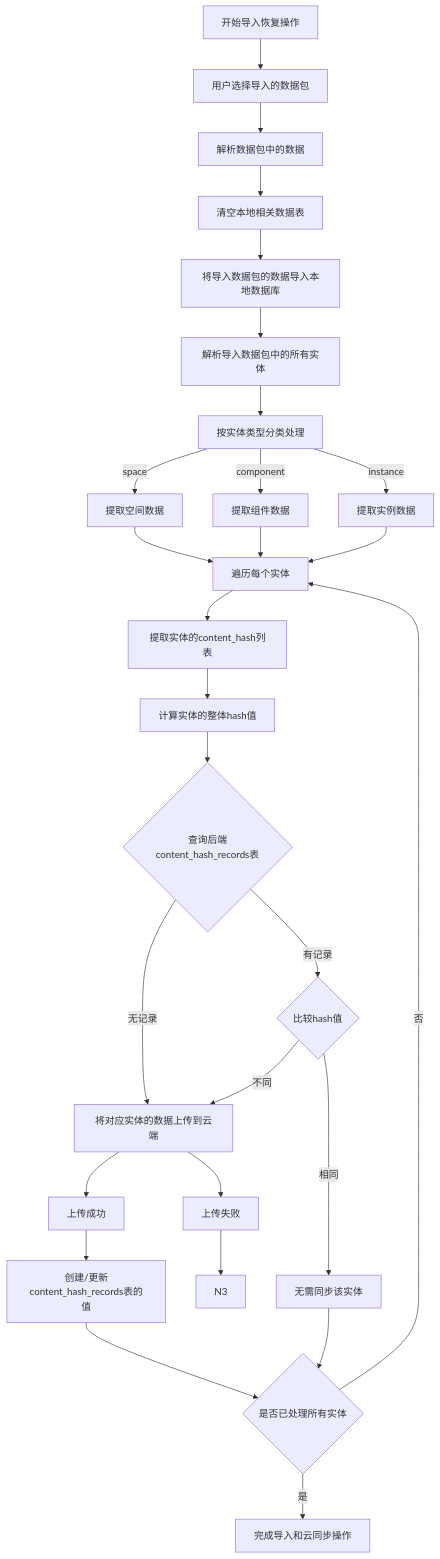
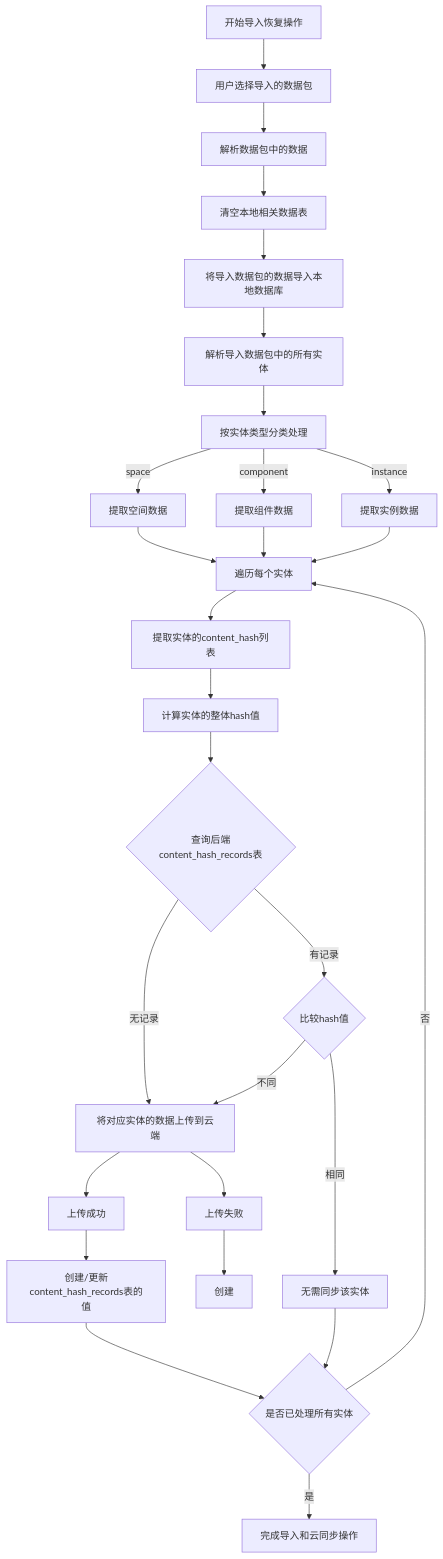
Before and after one commit to yingjianzh/iodraw-files: the diagram in all/未命名-44.md, drawn with Mermaid.

Commit message:
2025-04-27 11:59:04 update

````diff
--- a/all/未命名-44.md
+++ b/all/未命名-44.md
@@ -1,42 +1,42 @@
 ```mermaid
 flowchart TD
     A[开始导入恢复操作] --> B[用户选择导入的数据包]
     B --> C[解析数据包中的数据]
     
     C --> D[清空本地相关数据表]
     D --> E[将导入数据包的数据导入本地数据库]
     
     E --> F[解析导入数据包中的所有实体]
     F --> G[按实体类型分类处理]
     
     G -->|space| H1[提取空间数据]
     G -->|component| H2[提取组件数据]
     G -->|instance| H3[提取实例数据]
     
     H1 --> I[遍历每个实体]
     H2 --> I
     H3 --> I
     
     I --> J[提取实体的content_hash列表]
     J --> K[计算实体的整体hash值]
     
     K --> L{查询后端content_hash_records表}
     L -->|无记录| M1[将对应实体的数据上传到云端]
     M1 --> N1[上传成功]
     M1 --> N2[上传失败]
     
-    N2 --> N3
+    N2 --> N3[创建]
     N1 --> M4[创建/更新content_hash_records表的值]
 
     L -->|有记录| M2{比较hash值}
     M2 -->|不同| M1
 
     M2 -->|相同| M3[无需同步该实体]
     
     
     M3 --> S{是否已处理所有实体}
     M4 --> S{是否已处理所有实体}
     
     S -->|否| I
     S -->|是| T[完成导入和云同步操作]
 ```
````
